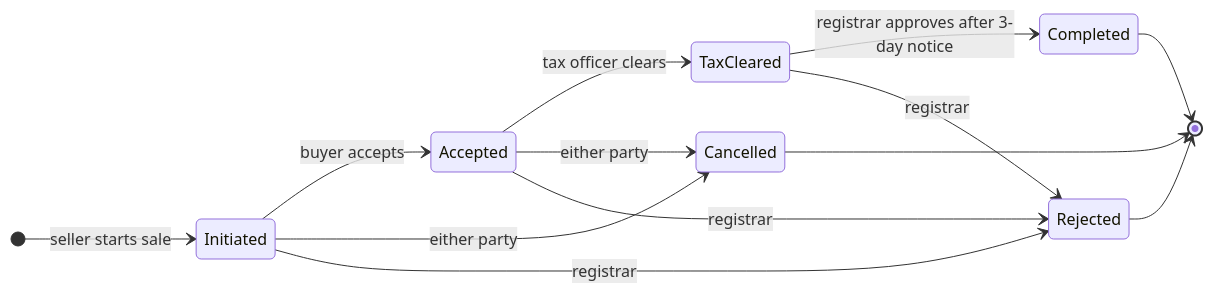
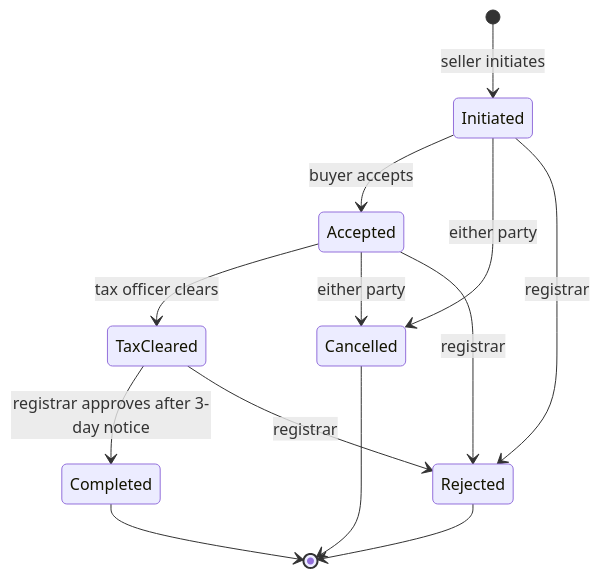
Before and after one commit to yahyaCodeX/Blockchain-Based-Land-Registry-and-Property-Transfer-System: the second of 2 diagrams in README.md, drawn with Mermaid. The commit also changed other lines of this file, not shown here.

````diff
--- a/README.md
+++ b/README.md
@@ -129,16 +139,15 @@
 ```mermaid
 stateDiagram-v2
-    direction LR
-    [*] --> Initiated: seller starts sale
+    [*] --> Initiated: seller initiates
     Initiated --> Accepted: buyer accepts
     Accepted --> TaxCleared: tax officer clears
     TaxCleared --> Completed: registrar approves after 3-day notice
     Initiated --> Cancelled: either party
     Accepted --> Cancelled: either party
     Initiated --> Rejected: registrar
     Accepted --> Rejected: registrar
     TaxCleared --> Rejected: registrar
     Completed --> [*]
     Cancelled --> [*]
     Rejected --> [*]
 ```
````
